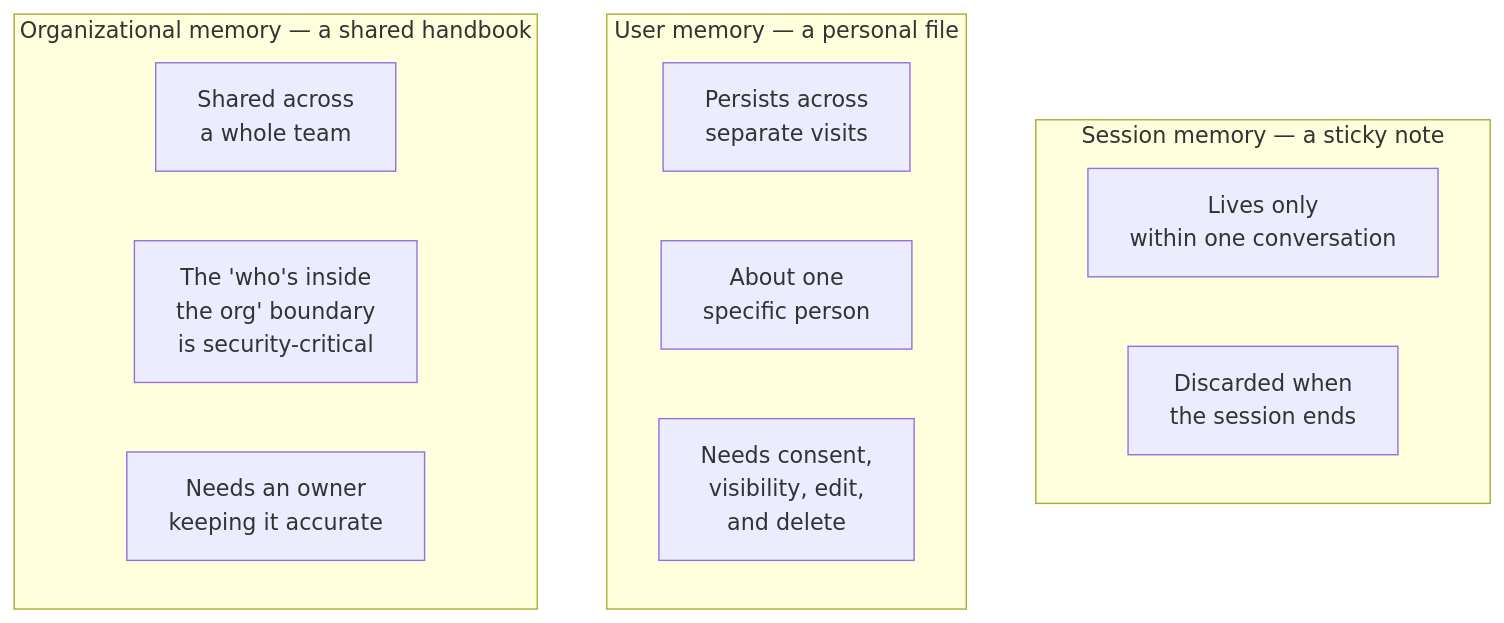
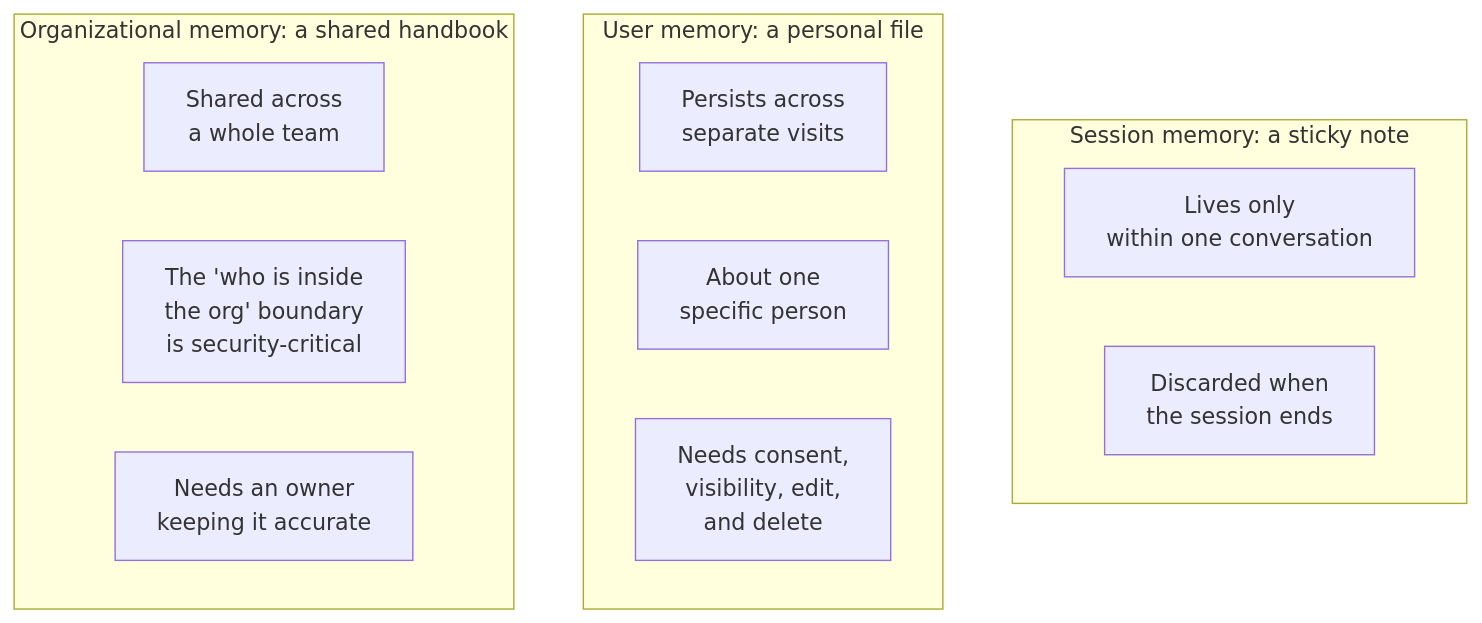
Before and after one commit to aakashagg123/gatsby: the diagram in memory-and-context/session-user-and-organizational-memory.md, drawn with Mermaid. The commit also changed other lines of this file and 22 other files, not shown here.

````diff
--- a/memory-and-context/session-user-and-organizational-memory.md
+++ b/memory-and-context/session-user-and-organizational-memory.md
@@ -47,17 +46,17 @@
 ```mermaid
 flowchart TB
-  subgraph SESSION["Session memory — a sticky note"]
+  subgraph SESSION["Session memory: a sticky note"]
     S1["Lives only<br/>within one conversation"]
     S2["Discarded when<br/>the session ends"]
   end
-  subgraph USER["User memory — a personal file"]
+  subgraph USER["User memory: a personal file"]
     U1["Persists across<br/>separate visits"]
     U2["About one<br/>specific person"]
     U3["Needs consent,<br/>visibility, edit,<br/>and delete"]
   end
-  subgraph ORG["Organizational memory — a shared handbook"]
+  subgraph ORG["Organizational memory: a shared handbook"]
     O1["Shared across<br/>a whole team"]
-    O2["The 'who's inside<br/>the org' boundary<br/>is security-critical"]
+    O2["The 'who is inside<br/>the org' boundary<br/>is security-critical"]
     O3["Needs an owner<br/>keeping it accurate"]
   end
 ```
````
